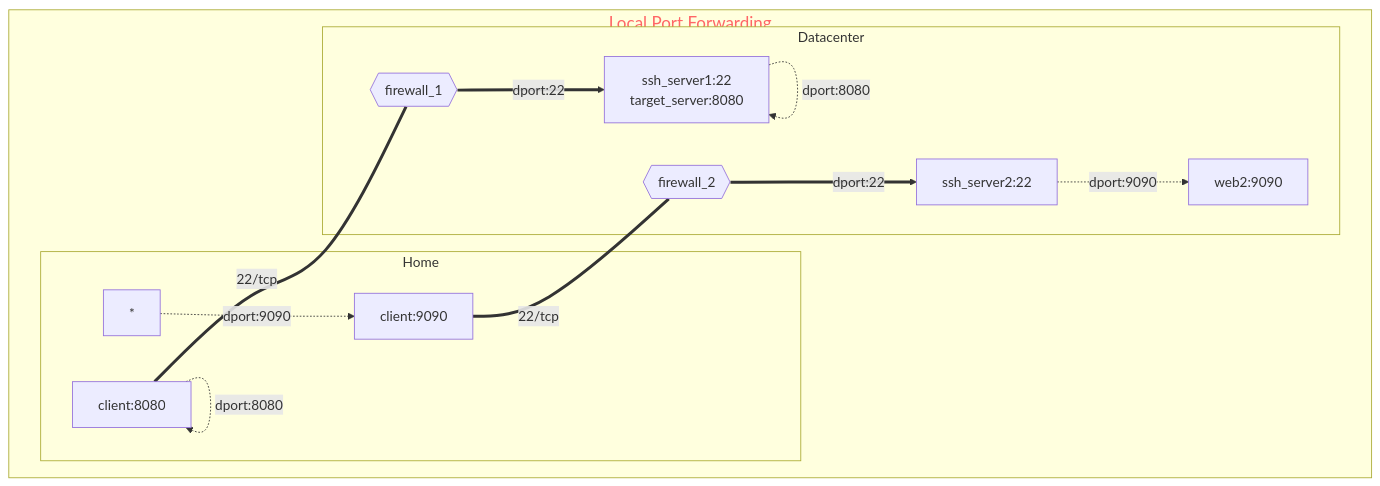
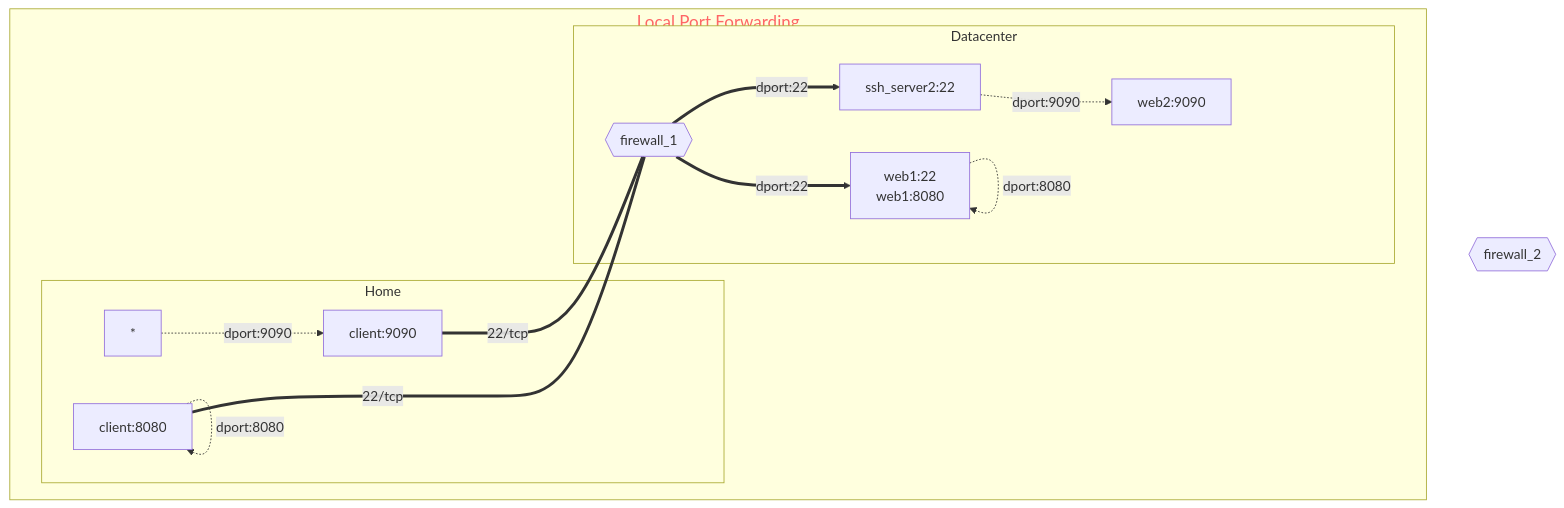
The first of 3 diagrams in markdown/diagrams.md (myseq/notes), drawn with Mermaid before and after one commit. The commit also changed other lines of this file, not shown here.

````diff
--- a/markdown/diagrams.md
+++ b/markdown/diagrams.md
@@ -25,46 +3,46 @@
 ```mermaid
 graph TD
     cli_1[client:8080]
     cli_2[client:9090]
     fw1{{firewall_1}}
     fw2{{firewall_2}}
-    sshd1["ssh_server1:22
-             target_server:8080"]
+    sshd1["  web1:22
+           web1:8080"]
     sshd2["ssh_server2:22"]
     web2["web2:9090"]
  
     subgraph main[Local Port Forwarding]
       
 
         subgraph local[Home]
         cli_1 -.-> |dport:8080| cli_1
         end
 
         subgraph local[Home]
         * -.-> |dport:9090| cli_2
         end
              
         subgraph remote[Datacenter]
         cli_1 === |22/tcp| fw1 ==> |dport:22| sshd1
         sshd1 -.-> |dport:8080| sshd1
         end
 
         subgraph remote[Datacenter]
-        cli_2 === |22/tcp| fw2 ==> |dport:22| sshd2
+        cli_2 === |22/tcp| fw1 ==> |dport:22| sshd2
         sshd2 -.-> |dport:9090| web2
         end
 
       
 
     end 
 
     classDef title font-size:20px,color:#f66
     classDef padding stroke:none,fill:none
     classDef title2 color:#0ff
 
     class main title
     class remote title2
 
     style local color:#0f0
     
 ```
````
